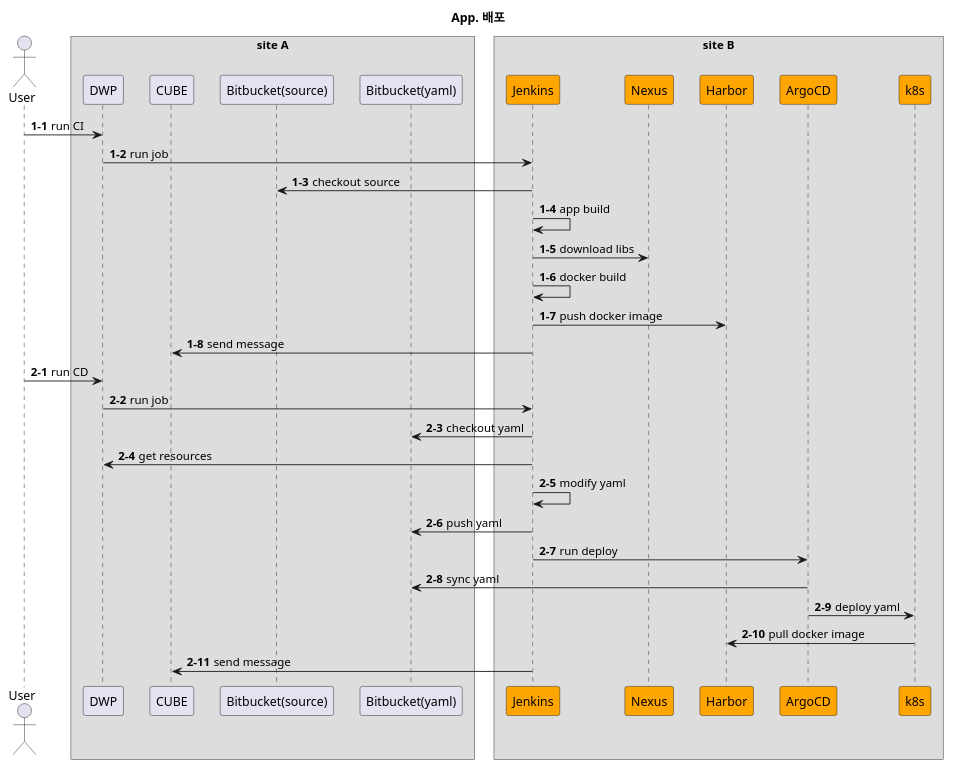
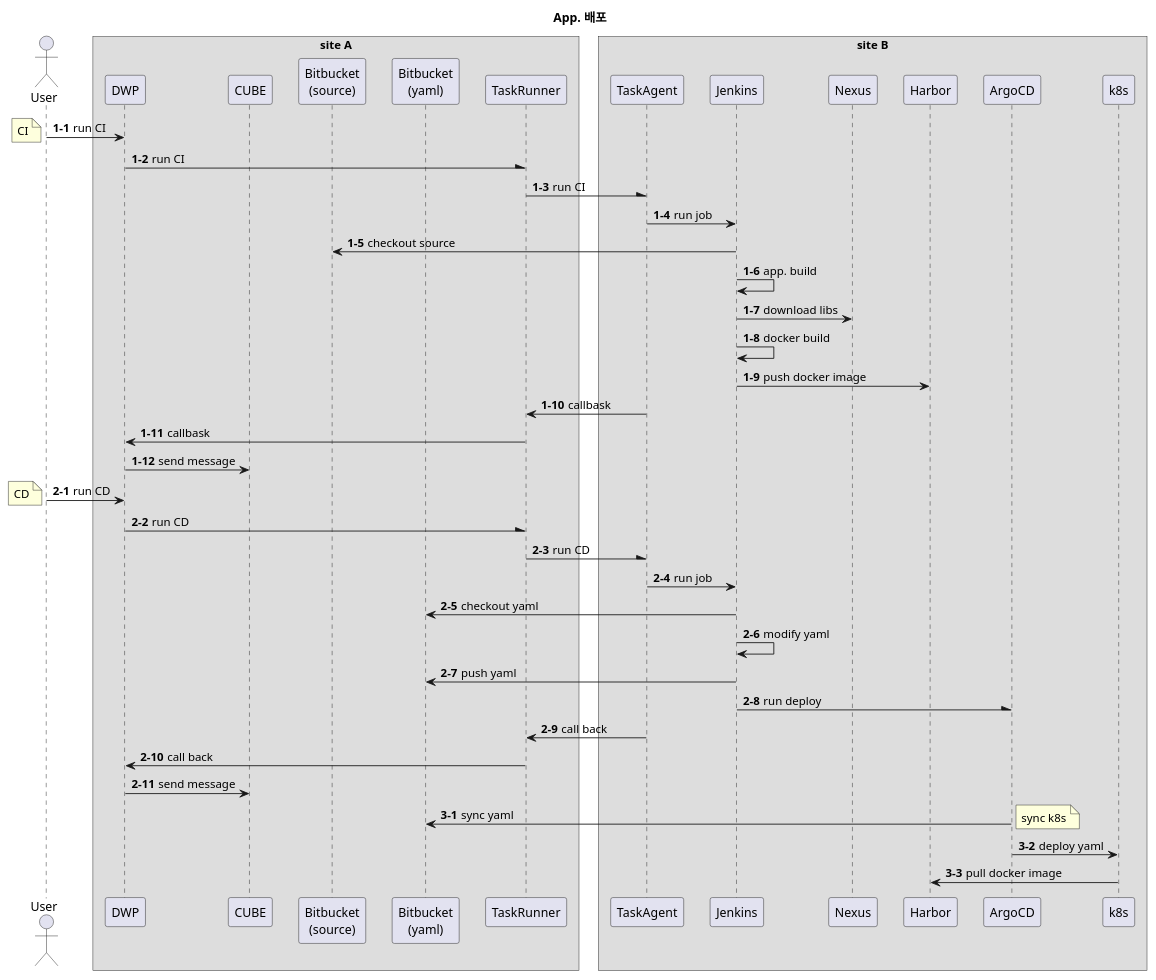
The sixth of 6 diagrams in docs/src/multi-cloud/diagram.md (kloudbank/htdp1.github.io), drawn with PlantUML before and after one commit.

Commit message:
add multicloud

```diff
--- a/docs/src/multi-cloud/diagram.md
+++ b/docs/src/multi-cloud/diagram.md
@@ -169,46 +169,60 @@
 @startuml
 
 scale 1
 skinparam ParticipantPadding 10
 skinparam BoxPadding 10
 title "App. 배포"
 
 actor User
 box "site A"
 participant DWP
 participant CUBE
-participant "Bitbucket(source)" as source
-participant "Bitbucket(yaml)" as yaml
+participant "Bitbucket\n(source)" as source
+participant "Bitbucket\n(yaml)" as yaml
+participant TaskRunner
 end box
 box "site B"
-participant Jenkins #orange
-participant Nexus #orange
-participant Harbor #orange
-participant ArgoCD #orange
-participant k8s #orange
+participant TaskAgent
+participant Jenkins
+participant Nexus
+participant Harbor
+participant ArgoCD
+participant k8s
 end box
 
 autonumber 1-1
 User -> DWP : run CI
-DWP -> Jenkins : run job
+note left : CI
+DWP -\ TaskRunner : run CI
+TaskRunner -\ TaskAgent : run CI
+TaskAgent -> Jenkins : run job
 Jenkins -> source : checkout source
-Jenkins -> Jenkins : app build
+Jenkins -> Jenkins : app. build
 Jenkins -> Nexus : download libs
 Jenkins -> Jenkins : docker build
 Jenkins -> Harbor : push docker image
-Jenkins -> CUBE : send message
+TaskAgent -> TaskRunner : callbask
+TaskRunner -> DWP : callbask
+DWP -> CUBE : send message
 
 autonumber 2-1
 User -> DWP : run CD
-DWP -> Jenkins : run job
+note left : CD
+DWP -\ TaskRunner : run CD
+TaskRunner -\ TaskAgent : run CD
+TaskAgent -> Jenkins : run job
 Jenkins -> yaml : checkout yaml
-Jenkins -> DWP : get resources
 Jenkins -> Jenkins : modify yaml
 Jenkins -> yaml : push yaml
-Jenkins -> ArgoCD : run deploy
+Jenkins -\ ArgoCD : run deploy
+TaskAgent -> TaskRunner : call back
+TaskRunner -> DWP : call back
+DWP -> CUBE : send message
+
+autonumber 3-1
 ArgoCD -> yaml : sync yaml
+note right : sync k8s
 ArgoCD -> k8s : deploy yaml
 k8s -> Harbor : pull docker image
-Jenkins -> CUBE : send message
 
 @enduml
```
